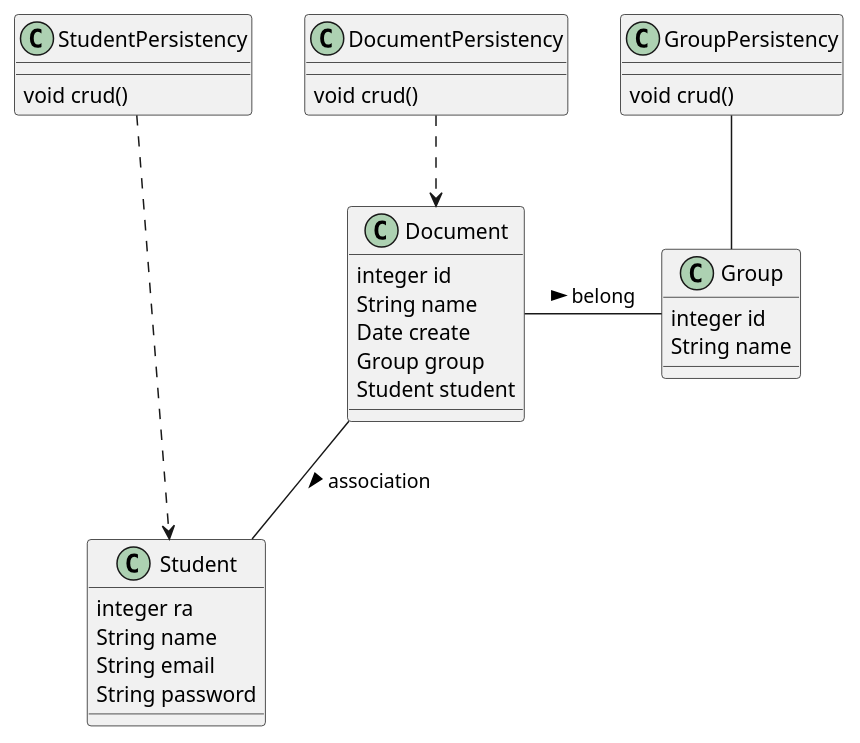
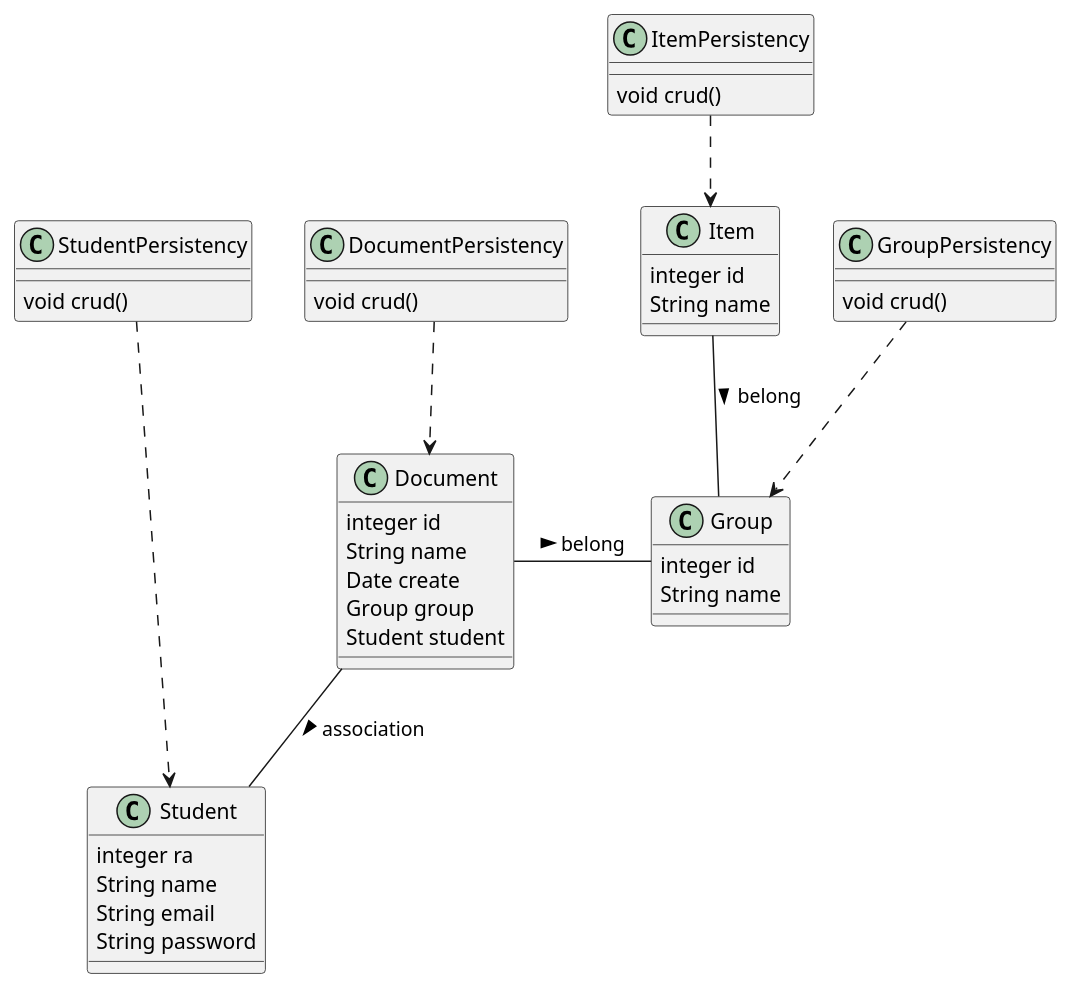
One commit to rodrigoRolim/complementary-activities changed the diagram in items/Professor/ProfessorHome/ProfessorHome.wsd. Above: the diagram before and after it, drawn with PlantUML.

Commit message:
added item entity in data modeling of ProfessorHome item

```diff
--- a/items/Professor/ProfessorHome/ProfessorHome.wsd
+++ b/items/Professor/ProfessorHome/ProfessorHome.wsd
@@ -1,33 +1,42 @@
 @startuml
 Class Document {
  integer id
  String name
  Date create
  Group group
  Student student
 }
 Class DocumentPersistency {
  void crud()
 }
 Class Student{
  integer ra
  String name
  String email
  String password
 }
 Class StudentPersistency {
   void crud()
 }
 Class Group {
  integer id
  String name
 }
+Class Item {
+  integer id
+  String name
+}
 Class GroupPersistency {
   void crud()
 }
+Class ItemPersistency {
+  void crud()
+}
 Document - Group: belong >
-GroupPersistency -- Group
+Item -- Group: belong >
+GroupPersistency ..> Group
 DocumentPersistency ..> Document
+ItemPersistency ..> Item
 Document -- Student: association >
 StudentPersistency ...> Student
 @enduml
```
